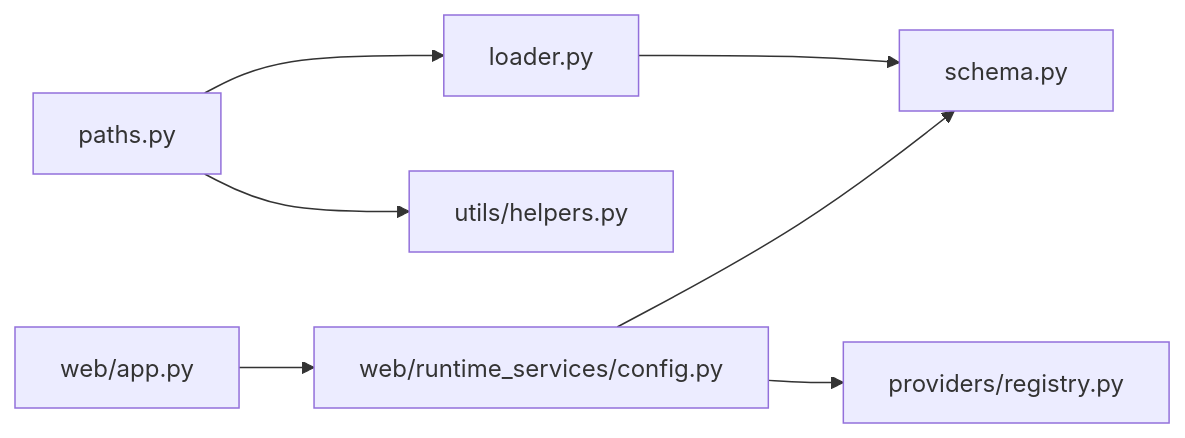
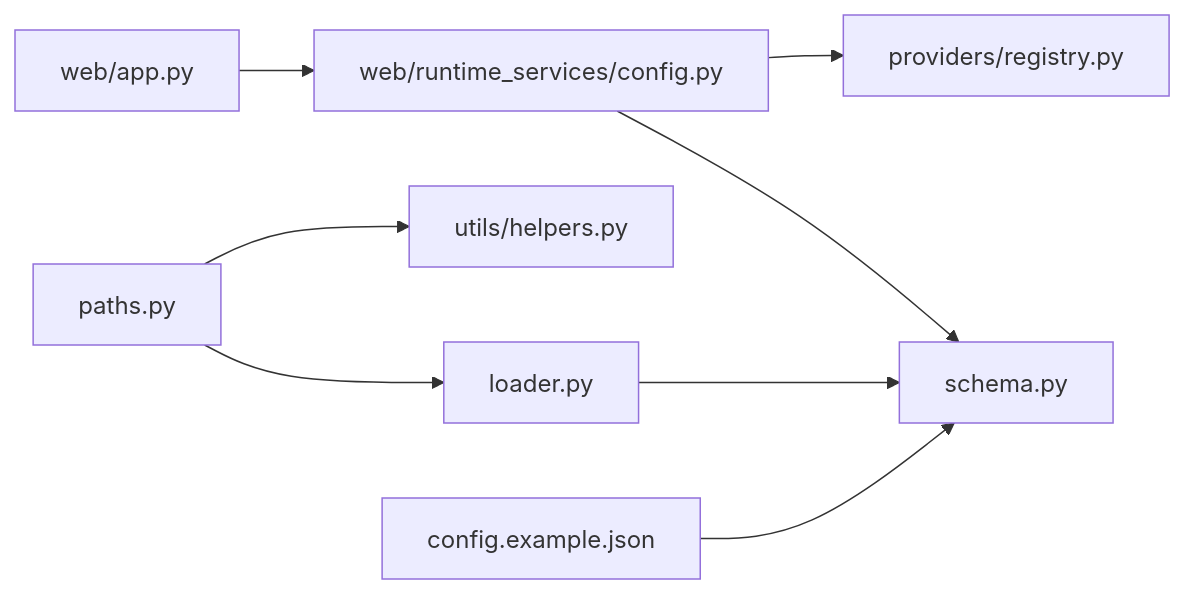
One commit to 757607106/nanobot changed the seventh of 7 diagrams in .qoder/repowiki/zh/content/配置管理/配置管理.md. Above: the diagram before and after it, drawn with Mermaid. The commit also changed other lines of this file and 60 other files, not shown here.

````diff
--- a/.qoder/repowiki/zh/content/配置管理/配置管理.md
+++ b/.qoder/repowiki/zh/content/配置管理/配置管理.md
@@ -358,9 +439,10 @@
 ```mermaid
 graph LR
 Loader["loader.py"] --> Schema["schema.py"]
 Paths["paths.py"] --> Loader
 Paths --> Helpers["utils/helpers.py"]
 WebSvc["web/runtime_services/config.py"] --> Schema
 WebSvc --> Registry["providers/registry.py"]
 App["web/app.py"] --> WebSvc
+Example["config.example.json"] --> Schema
 ```
````
